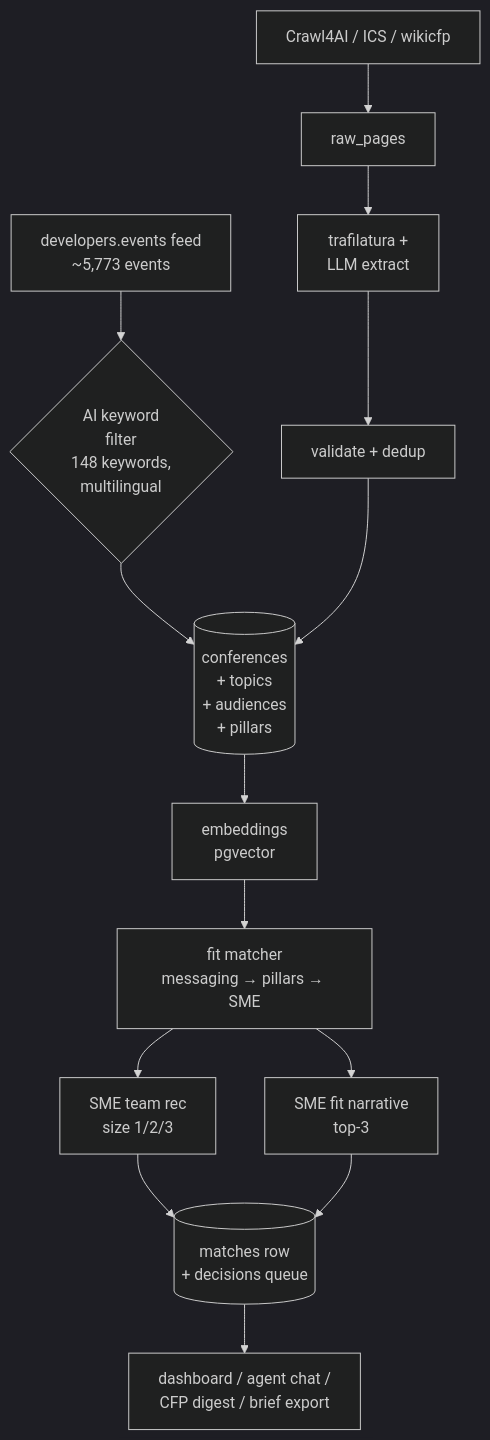
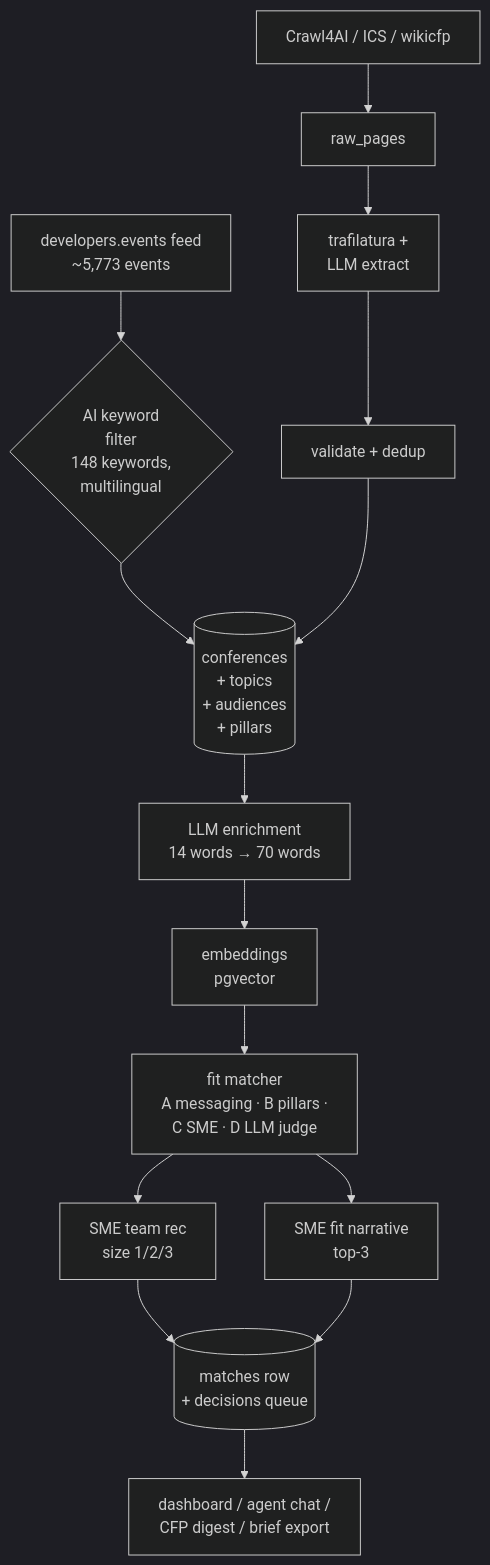
The second of 2 diagrams in docs/ARCHITECTURE.md (itigges22/cfp-scout), drawn with Mermaid (dark theme) before and after one commit. The commit also changed other lines of this file and 9 other files, not shown here.

````diff
--- a/docs/ARCHITECTURE.md
+++ b/docs/ARCHITECTURE.md
@@ -132,16 +218,17 @@
 ```mermaid
 flowchart TD
     Feed[developers.events feed<br/>~5,773 events] --> Filter{AI keyword<br/>filter<br/>148 keywords,<br/>multilingual}
     Crawl[Crawl4AI / ICS / wikicfp] --> Raw[raw_pages]
     Raw --> Extract[trafilatura +<br/>LLM extract]
     Extract --> Validate[validate + dedup]
     Filter --> Confs[(conferences<br/>+ topics<br/>+ audiences<br/>+ pillars)]
     Validate --> Confs
-    Confs --> Embed[embeddings<br/>pgvector]
-    Embed --> Matcher[fit matcher<br/>messaging → pillars → SME]
+    Confs --> Enrich[LLM enrichment<br/>14 words → 70 words]
+    Enrich --> Embed[embeddings<br/>pgvector]
+    Embed --> Matcher[fit matcher<br/>A messaging · B pillars ·<br/>C SME · D LLM judge]
     Matcher --> Team[SME team rec<br/>size 1/2/3]
     Matcher --> Narr[SME fit narrative<br/>top-3]
     Team --> Match[(matches row<br/>+ decisions queue)]
     Narr --> Match
     Match --> UI[dashboard / agent chat /<br/>CFP digest / brief export]
 ```
````
